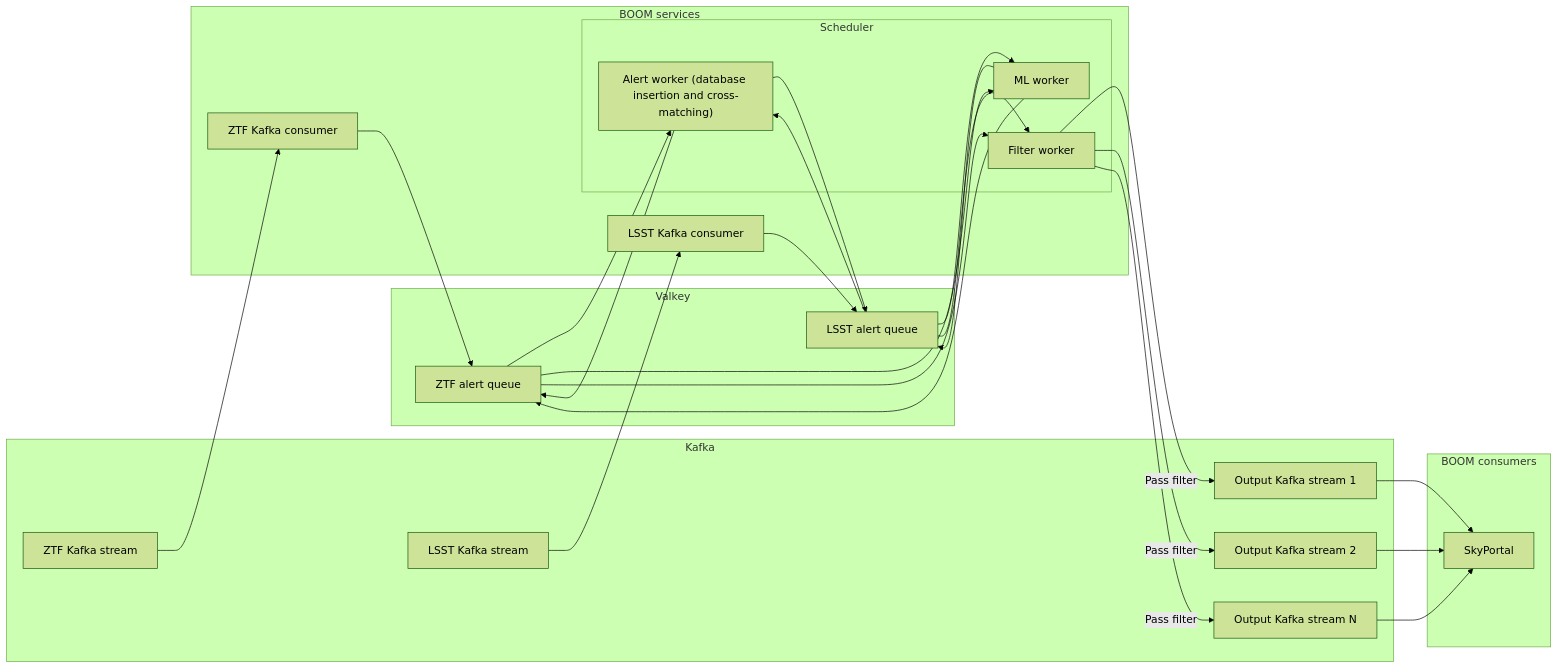
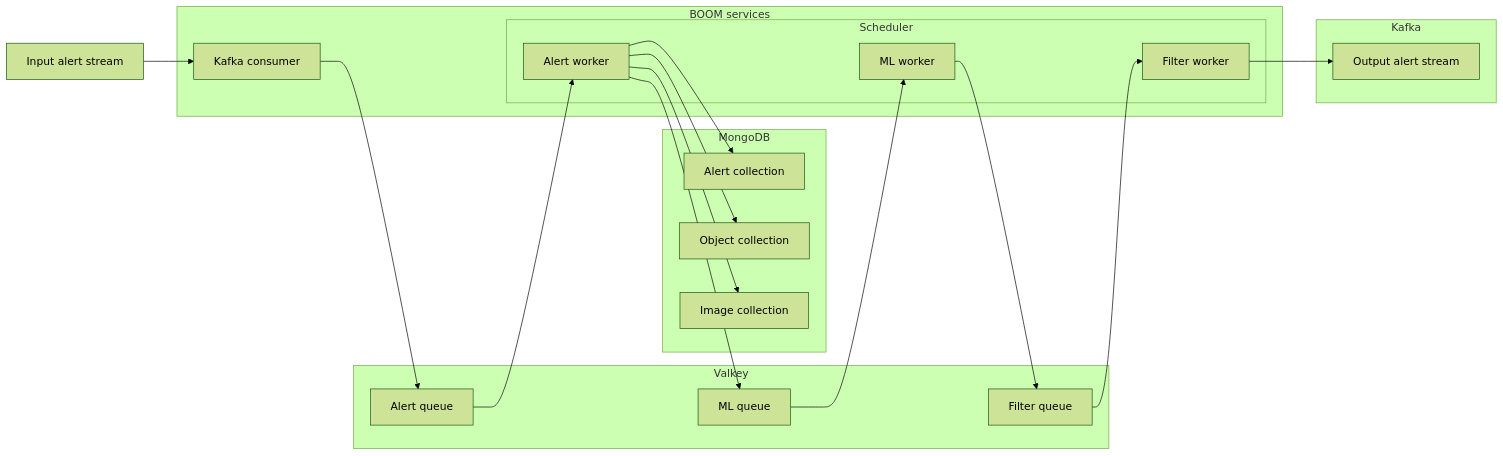
Before and after one commit to boom-astro/boom: the diagram in docs/alert-processing.md, drawn with Mermaid (forest theme). The commit also changed other lines of this file, not shown here.

Commit message:
Refactor

````diff
--- a/docs/alert-processing.md
+++ b/docs/alert-processing.md
@@ -23,50 +23,42 @@
 ```mermaid
 graph LR
+
+    Input[Input alert stream]
+
     subgraph Kafka
-        ZTF[ZTF Kafka stream]
-        LSST[LSST Kafka stream]
-        Output1[Output Kafka stream 1]
-        Output2[Output Kafka stream 2]
-        OutputN[Output Kafka stream N]
+        Output[Output alert stream]
     end
 
     subgraph Valkey
-        ZTFAlertQueue[ZTF alert queue]
-        LSSTAlertQueue[LSST alert queue]
+        AlertQueue[Alert queue]
+        MLQueue[ML queue]
+        FilterQueue[Filter queue]
+    end
+
+    subgraph MongoDB
+        AlertCollection[Alert collection]
+        ObjectCollection[Object collection]
+        ImageCollection[Image collection]
     end
 
     subgraph BOOM services
-        ZTFConsumer[ZTF Kafka consumer]
-        LSSTConsumer[LSST Kafka consumer]
+        KafkaConsumer[Kafka consumer]
         subgraph Scheduler
-            AlertWorker["Alert worker (database insertion and cross-matching)"]
+            AlertWorker[Alert worker]
             MLWorker[ML worker]
             FilterWorker[Filter worker]
         end
     end
 
-    subgraph BOOM consumers
-        SkyPortal[SkyPortal]
-    end
-
-    ZTF --> ZTFConsumer
-    LSST --> LSSTConsumer
-    ZTFConsumer --> ZTFAlertQueue
-    LSSTConsumer --> LSSTAlertQueue
-    ZTFAlertQueue --> AlertWorker
-    LSSTAlertQueue --> AlertWorker
-    AlertWorker --> ZTFAlertQueue
-    AlertWorker --> LSSTAlertQueue
-    ZTFAlertQueue --> MLWorker
-    LSSTAlertQueue --> MLWorker
-    MLWorker --> ZTFAlertQueue
-    MLWorker --> LSSTAlertQueue
-    ZTFAlertQueue --> FilterWorker
-    LSSTAlertQueue --> FilterWorker
-    FilterWorker -- Pass filter --> Output1
-    FilterWorker -- Pass filter --> Output2
-    FilterWorker -- Pass filter --> OutputN
-    Output1 --> SkyPortal
-    Output2 --> SkyPortal
-    OutputN --> SkyPortal
+    Input --> KafkaConsumer
+    KafkaConsumer --> AlertQueue
+    AlertQueue --> AlertWorker
+    AlertWorker --> MLQueue
+    AlertWorker --> AlertCollection
+    AlertWorker --> ObjectCollection
+    AlertWorker --> ImageCollection
+    MLQueue --> MLWorker
+    MLWorker --> FilterQueue
+    FilterQueue --> FilterWorker
+    FilterWorker --> Output
 ```
````
